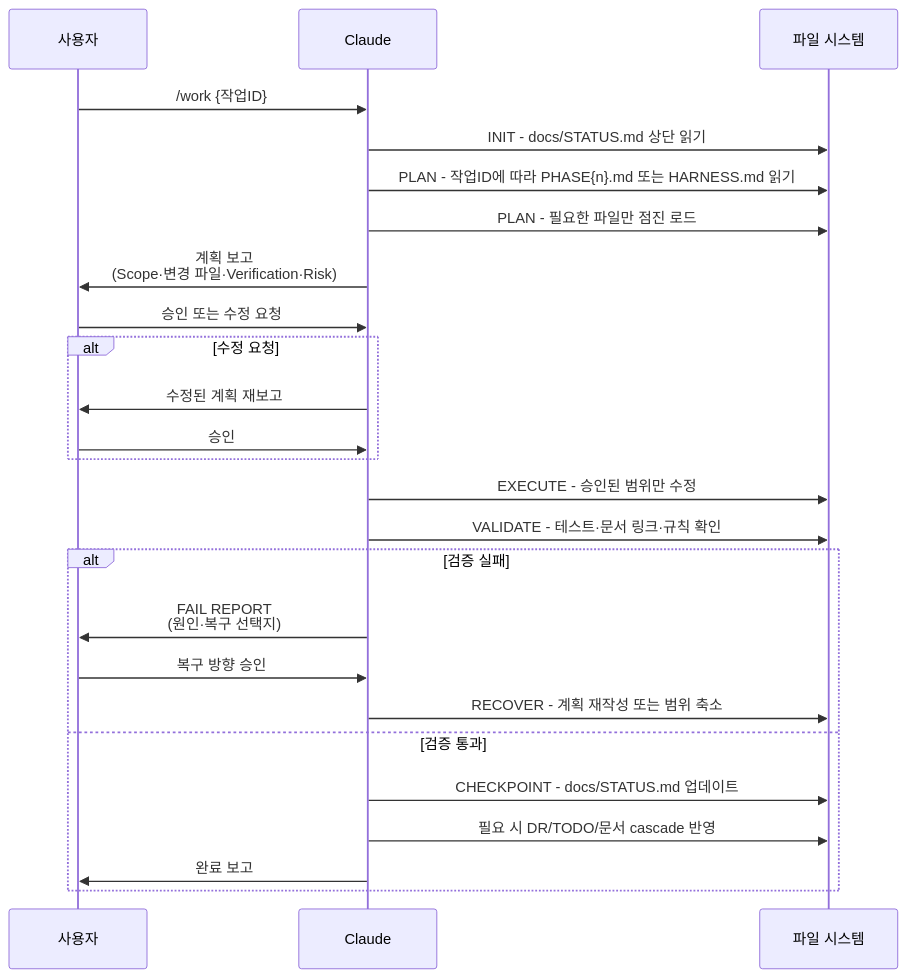
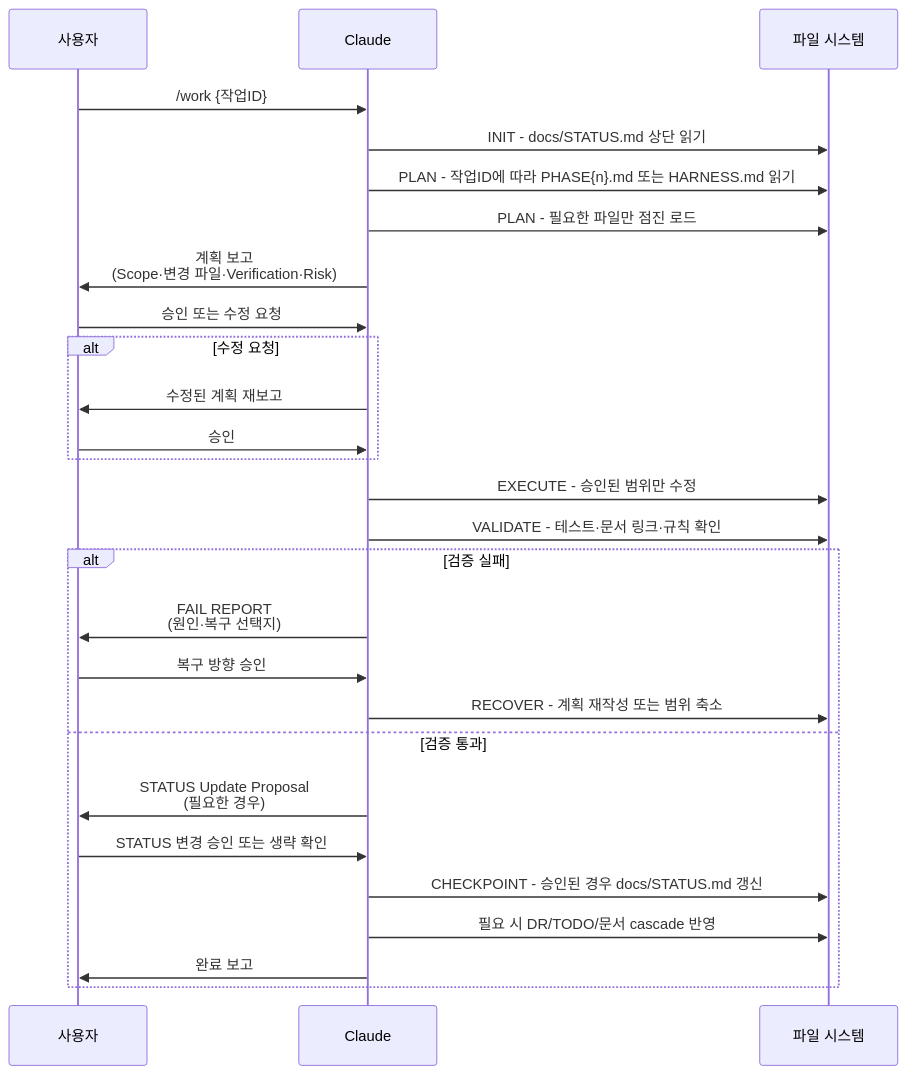
One commit to kyungseo/ai-workflow-harness changed the eighth of 13 diagrams in docs/WORKFLOW-MANUAL.md. Above: the diagram before and after it, drawn with Mermaid. The commit also changed other lines of this file, not shown here.

````diff
--- a/docs/WORKFLOW-MANUAL.md
+++ b/docs/WORKFLOW-MANUAL.md
@@ -602,31 +620,33 @@
 ```mermaid
 sequenceDiagram
     participant U as 사용자
     participant C as Claude
     participant F as 파일 시스템
 
     U->>C: /work {작업ID}
     C->>F: INIT - docs/STATUS.md 상단 읽기
     C->>F: PLAN - 작업ID에 따라 PHASE{n}.md 또는 HARNESS.md 읽기
     C->>F: PLAN - 필요한 파일만 점진 로드
     C->>U: 계획 보고<br/>(Scope·변경 파일·Verification·Risk)
     U->>C: 승인 또는 수정 요청
 
     alt 수정 요청
         C->>U: 수정된 계획 재보고
         U->>C: 승인
     end
 
     C->>F: EXECUTE - 승인된 범위만 수정
     C->>F: VALIDATE - 테스트·문서 링크·규칙 확인
 
     alt 검증 실패
         C->>U: FAIL REPORT<br/>(원인·복구 선택지)
         U->>C: 복구 방향 승인
         C->>F: RECOVER - 계획 재작성 또는 범위 축소
     else 검증 통과
-        C->>F: CHECKPOINT - docs/STATUS.md 업데이트
+        C->>U: STATUS Update Proposal<br/>(필요한 경우)
+        U->>C: STATUS 변경 승인 또는 생략 확인
+        C->>F: CHECKPOINT - 승인된 경우 docs/STATUS.md 갱신
         C->>F: 필요 시 DR/TODO/문서 cascade 반영
         C->>U: 완료 보고
     end
 ```
````
